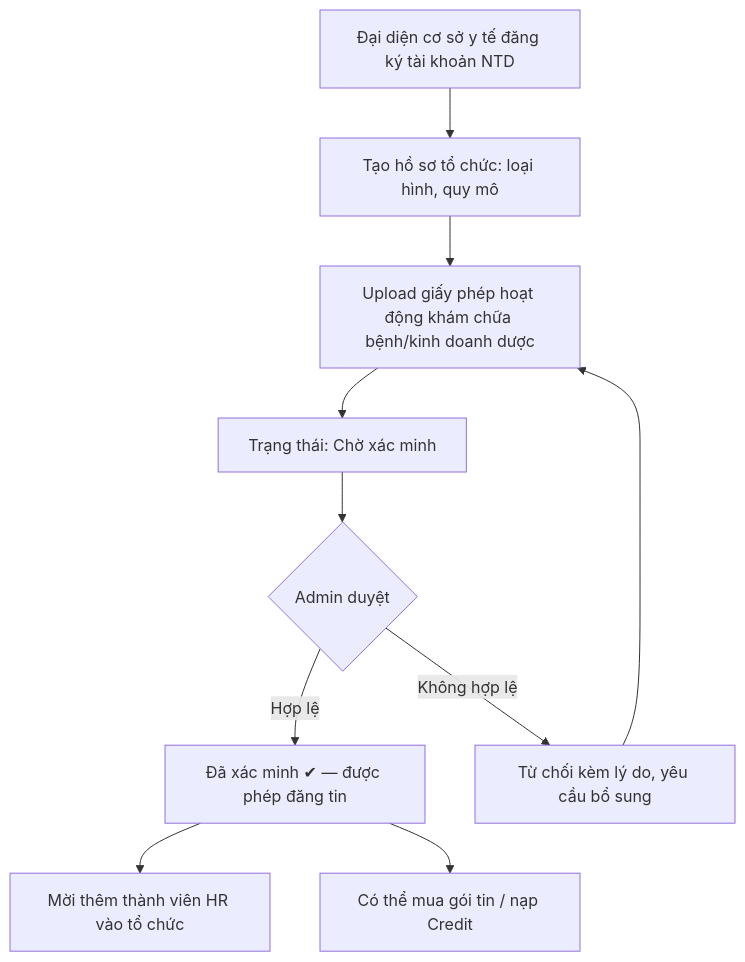
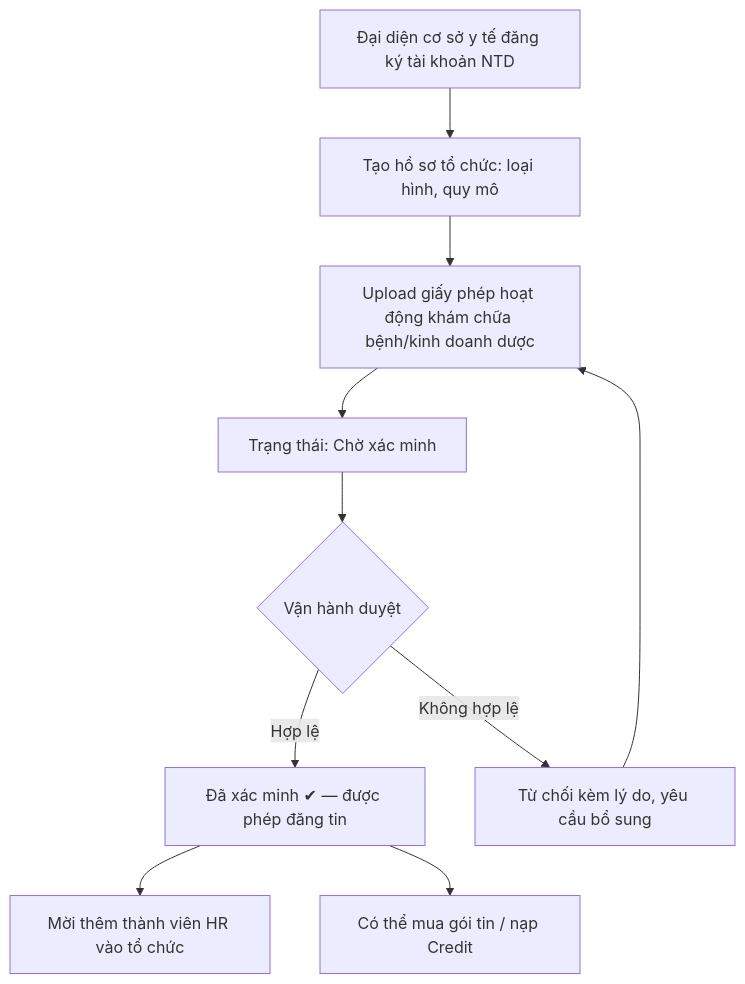
The second of 7 diagrams in docs/nghiep-vu/LUONG-NGHIEP-VU-MAN-HINH.md (minhtungle/GiapTech.BlouseHiding), drawn with Mermaid before and after one commit. The commit also changed other lines of this file and 20 other files, not shown here.

````diff
--- a/docs/nghiep-vu/LUONG-NGHIEP-VU-MAN-HINH.md
+++ b/docs/nghiep-vu/LUONG-NGHIEP-VU-MAN-HINH.md
@@ -36,12 +40,12 @@
 ```mermaid
 flowchart TD
     A[Đại diện cơ sở y tế đăng ký tài khoản NTD] --> B[Tạo hồ sơ tổ chức: loại hình, quy mô]
     B --> C[Upload giấy phép hoạt động khám chữa bệnh/kinh doanh dược]
     C --> D[Trạng thái: Chờ xác minh]
-    D --> E{Admin duyệt}
+    D --> E{Vận hành duyệt}
     E -- Hợp lệ --> F[Đã xác minh ✔ — được phép đăng tin]
     E -- Không hợp lệ --> G[Từ chối kèm lý do, yêu cầu bổ sung]
     G --> C
     F --> H[Mời thêm thành viên HR vào tổ chức]
     F --> I[Có thể mua gói tin / nạp Credit]
 ```
````
